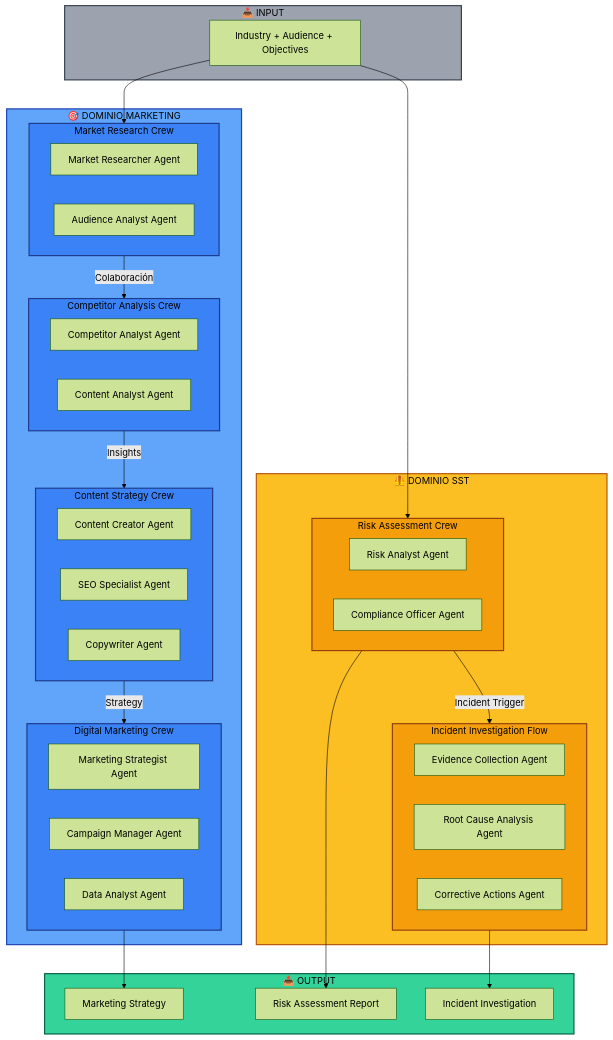
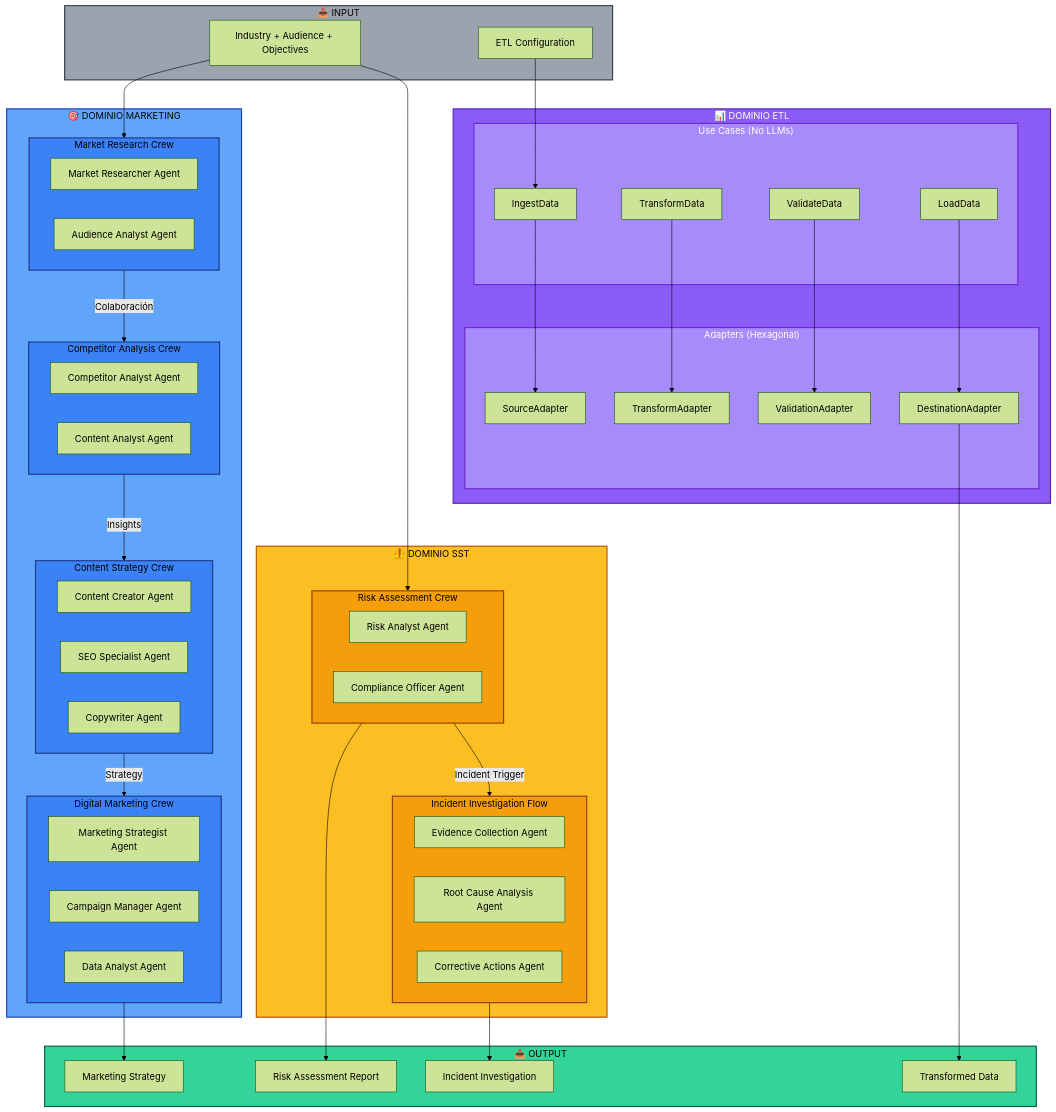
One commit to lraigosov/multi-agent changed the first of 3 diagrams in README.md. Above: the diagram before and after it, drawn with Mermaid (forest theme). The commit also changed 1 other file, not shown here.

Commit message:
Add ETL domain to architecture diagrams
- Update README.md Mermaid diagram to include ETL domain (📊)
- Add Mermaid flowchart to docs/etl_architecture.md for visual consistency
- ETL domain now shows: Use Cases → Adapters → Output flow
- All 3 domains now have visual representations in diagrams

````diff
--- a/README.md
+++ b/README.md
@@ -514,6 +514,7 @@
 graph TB
     subgraph Input["📥 INPUT"]
         I1[Industry + Audience + Objectives]
+        I2[ETL Configuration]
     end
     
     subgraph Marketing["🎯 DOMINIO MARKETING"]
@@ -553,10 +554,27 @@
         end
     end
     
+    subgraph ETL["📊 DOMINIO ETL"]
+        subgraph EUC["Use Cases (No LLMs)"]
+            EU1[IngestData]
+            EU2[TransformData]
+            EU3[ValidateData]
+            EU4[LoadData]
+        end
+        
+        subgraph EAD["Adapters (Hexagonal)"]
+            EA1[SourceAdapter]
+            EA2[TransformAdapter]
+            EA3[ValidationAdapter]
+            EA4[DestinationAdapter]
+        end
+    end
+    
     subgraph Output["📤 OUTPUT"]
         O1[Marketing Strategy]
         O2[Risk Assessment Report]
         O3[Incident Investigation]
+        O4[Transformed Data]
     end
     
     I1 --> MRC
@@ -570,8 +588,16 @@
     RAC --> |Incident Trigger| IIF
     IIF --> O3
     
+    I2 --> EU1
+    EU1 --> EA1
+    EU2 --> EA2
+    EU3 --> EA3
+    EU4 --> EA4
+    EA4 --> O4
+    
     style Marketing fill:#60a5fa,stroke:#1e40af,stroke-width:2px,color:#000
     style SST fill:#fbbf24,stroke:#b45309,stroke-width:2px,color:#000
+    style ETL fill:#8b5cf6,stroke:#5b21b6,stroke-width:2px,color:#fff
     style Input fill:#9ca3af,stroke:#374151,stroke-width:2px,color:#000
     style Output fill:#34d399,stroke:#065f46,stroke-width:2px,color:#000
     
@@ -581,4 +607,6 @@
     style DMC fill:#3b82f6,stroke:#1e3a8a,stroke-width:2px,color:#000
     style RAC fill:#f59e0b,stroke:#92400e,stroke-width:2px,color:#000
     style IIF fill:#f59e0b,stroke:#92400e,stroke-width:2px,color:#000
+    style EUC fill:#a78bfa,stroke:#6d28d9,stroke-width:2px,color:#fff
+    style EAD fill:#a78bfa,stroke:#6d28d9,stroke-width:2px,color:#fff
 ```
````
